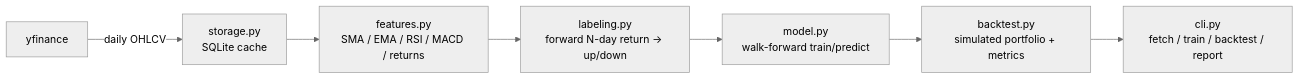
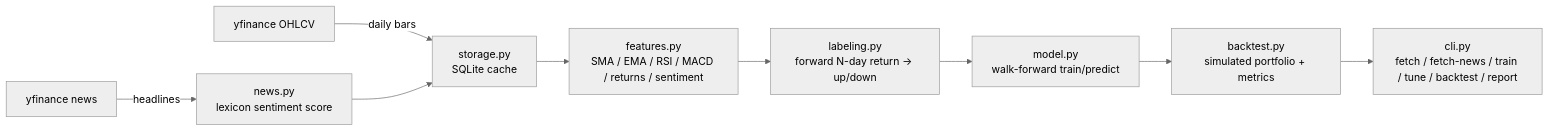
Before and after one commit to petraviii/personal-projects: the diagram in paper-trading-ml/README.md, drawn with Mermaid (neutral theme). The commit also changed other lines of this file and 8 other files, not shown here.

First line of the commit message:
Add optional news-sentiment feature

````diff
--- a/paper-trading-ml/README.md
+++ b/paper-trading-ml/README.md
@@ -13,9 +13,11 @@
 ```mermaid
 flowchart LR
-    A[yfinance] -->|daily OHLCV| B[storage.py<br/>SQLite cache]
-    B --> C[features.py<br/>SMA / EMA / RSI / MACD / returns]
+    A[yfinance OHLCV] -->|daily bars| B[storage.py<br/>SQLite cache]
+    N[yfinance news] -->|headlines| S[news.py<br/>lexicon sentiment score]
+    S --> B
+    B --> C[features.py<br/>SMA / EMA / RSI / MACD / returns / sentiment]
     C --> D[labeling.py<br/>forward N-day return -> up/down]
     D --> E[model.py<br/>walk-forward train/predict]
     E --> F[backtest.py<br/>simulated portfolio + metrics]
-    F --> G[cli.py<br/>fetch / train / backtest / report]
+    F --> G[cli.py<br/>fetch / fetch-news / train / tune / backtest / report]
 ```
````
